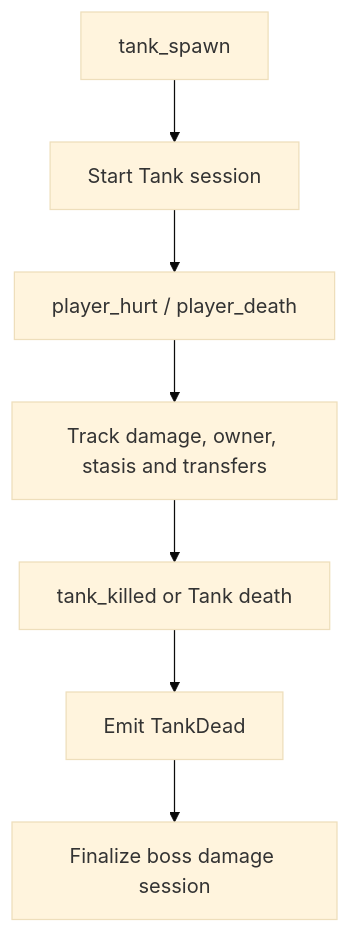
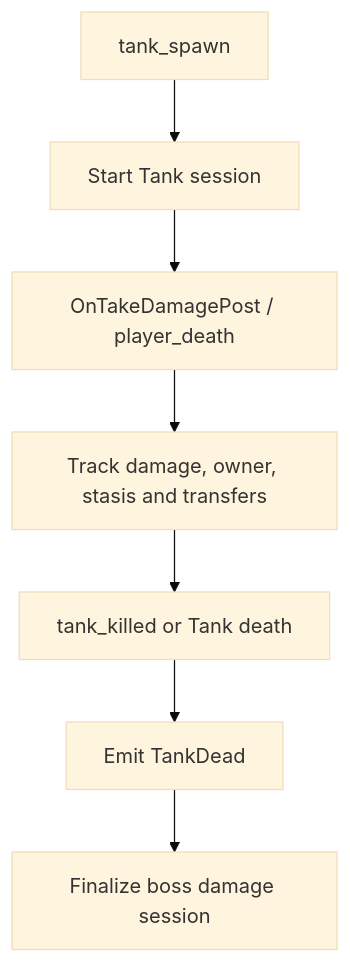
The first of 5 diagrams in docs/l4d2-skills-flow-bosses.md (AoC-Gamers/L4D2-Player-Skills), drawn with Mermaid (base theme) before and after one commit. The commit also changed other lines of this file and 9 other files, not shown here.

````diff
--- a/docs/l4d2-skills-flow-bosses.md
+++ b/docs/l4d2-skills-flow-bosses.md
@@ -65,9 +65,9 @@
 ```mermaid
 flowchart TD
     A[tank_spawn] --> B[Start Tank session]
-    B --> C[player_hurt / player_death]
+    B --> C[OnTakeDamagePost / player_death]
     C --> D[Track damage, owner, stasis and transfers]
     D --> E[tank_killed or Tank death]
     E --> F[Emit TankDead]
     F --> G[Finalize boss damage session]
 ```
````
